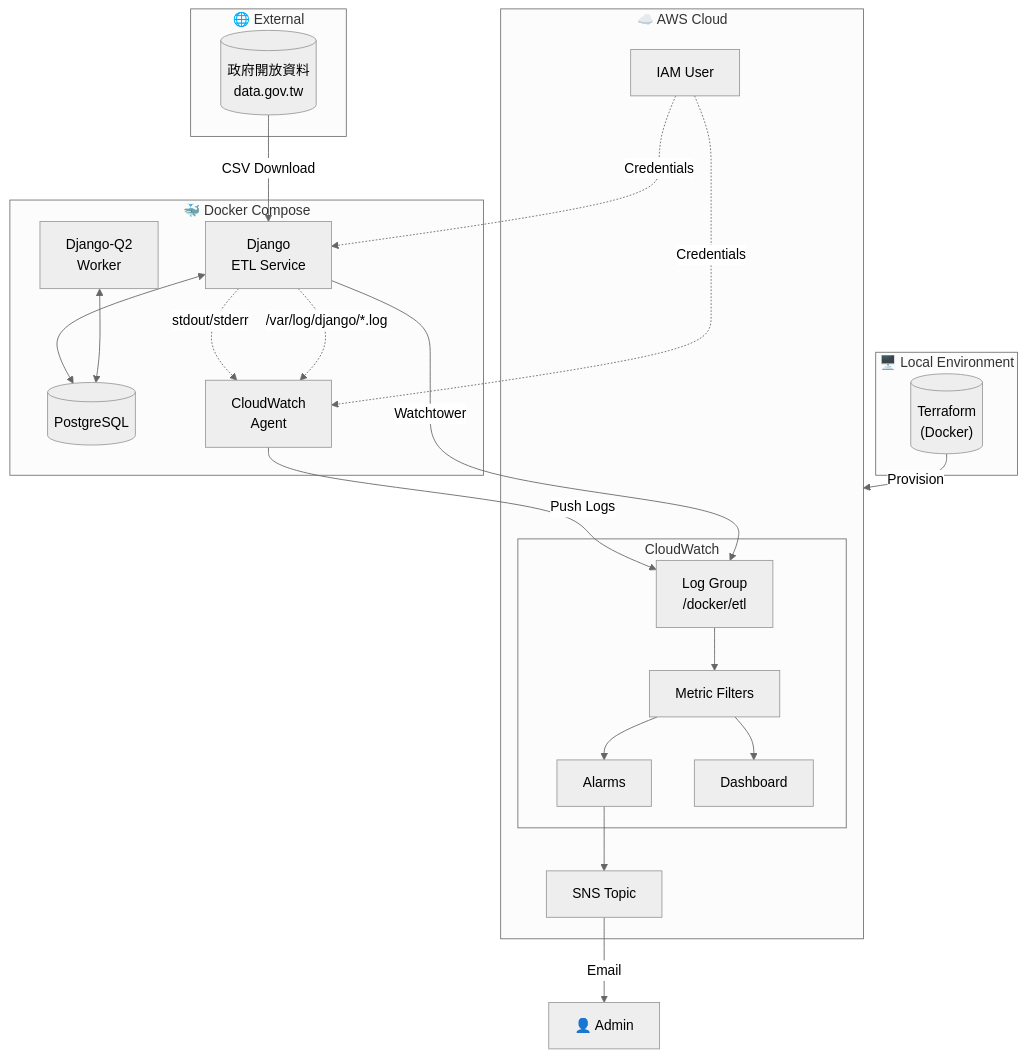
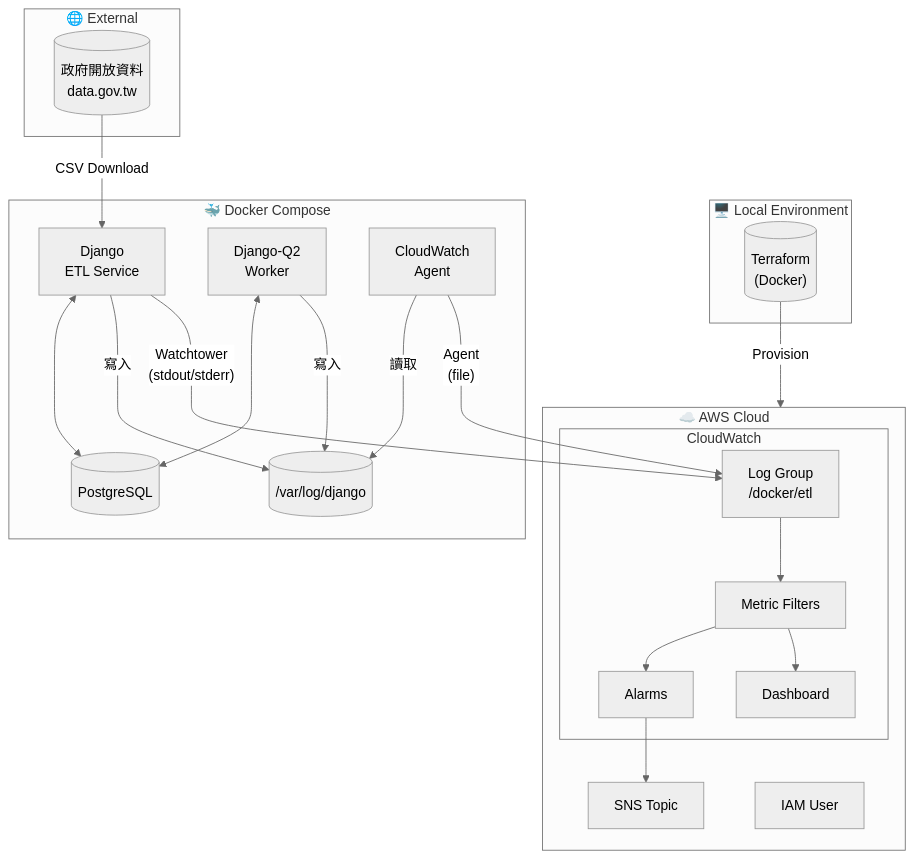
The first of 12 diagrams in README.md (wrbyepct/assignment), drawn with Mermaid (neutral theme) before and after one commit. The commit also changed other lines of this file and 3 other files, not shown here.

````diff
--- a/README.md
+++ b/README.md
@@ -44,43 +357,42 @@
 ```mermaid
 flowchart TB
     subgraph Local["🖥️ Local Environment"]
         TF[("Terraform<br/>(Docker)")]
     end
 
     subgraph Docker["🐳 Docker Compose"]
         DJ[Django<br/>ETL Service]
         PG[(PostgreSQL)]
         QW[Django-Q2<br/>Worker]
         CWA[CloudWatch<br/>Agent]
+        LOG_VOL[("/var/log/django")]
         
         DJ <--> PG
         QW <--> PG
-        DJ -.->|stdout/stderr| CWA
-        DJ -.->|/var/log/django/*.log| CWA
+        DJ -->|寫入| LOG_VOL
+        QW -->|寫入| LOG_VOL
+        CWA -->|讀取| LOG_VOL
     end
 
     subgraph AWS["☁️ AWS Cloud"]
         subgraph CW["CloudWatch"]
             LG[Log Group<br/>/docker/etl]
             MF[Metric Filters]
             AL[Alarms]
             DB[Dashboard]
         end
         SNS[SNS Topic]
         IAM[IAM User]
     end
 
     subgraph External["🌐 External"]
         GOV[("政府開放資料<br/>data.gov.tw")]
     end
 
     GOV -->|CSV Download| DJ
     TF -->|Provision| AWS
-    CWA -->|Push Logs| LG
-    DJ -->|Watchtower| LG
+    DJ -->|"Watchtower<br/>(stdout/stderr)"| LG
+    CWA -->|"Agent<br/>(file)"| LG
     LG --> MF --> AL --> SNS
     MF --> DB
-    SNS -->|Email| USER[👤 Admin]
-    IAM -.->|Credentials| CWA
-    IAM -.->|Credentials| DJ
 ```
````
